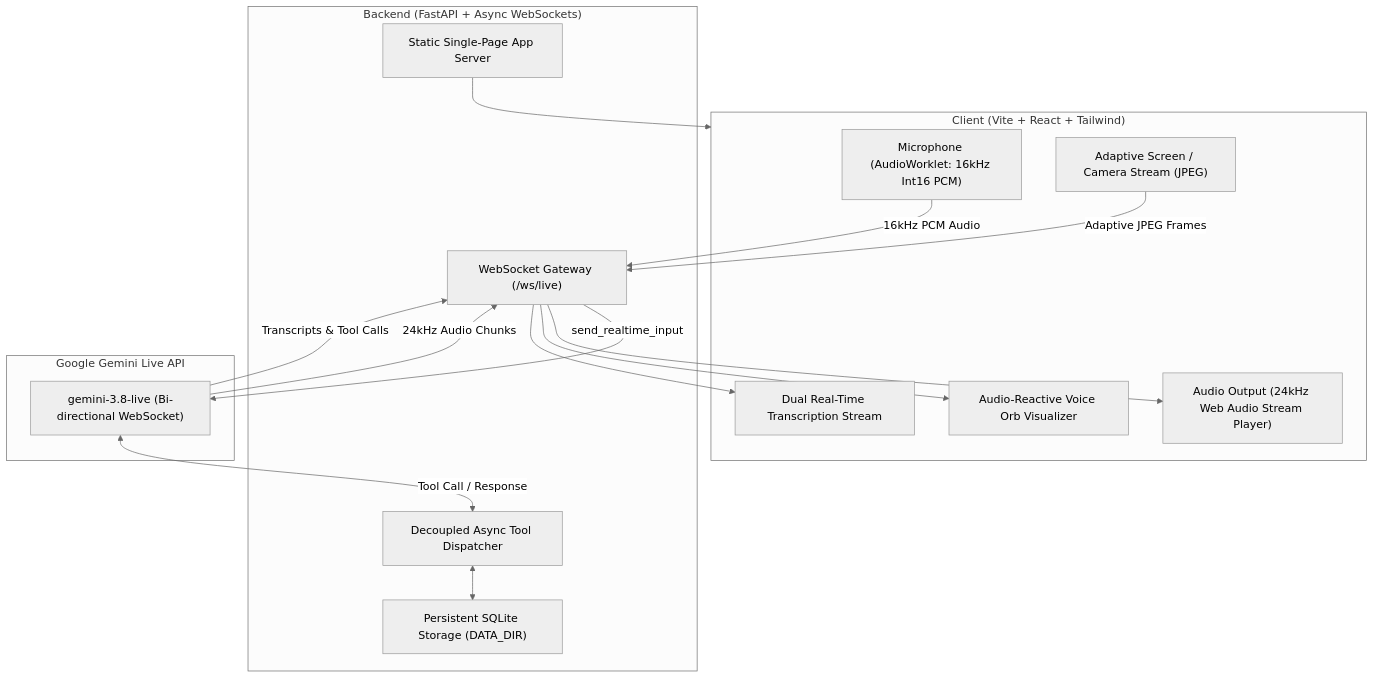
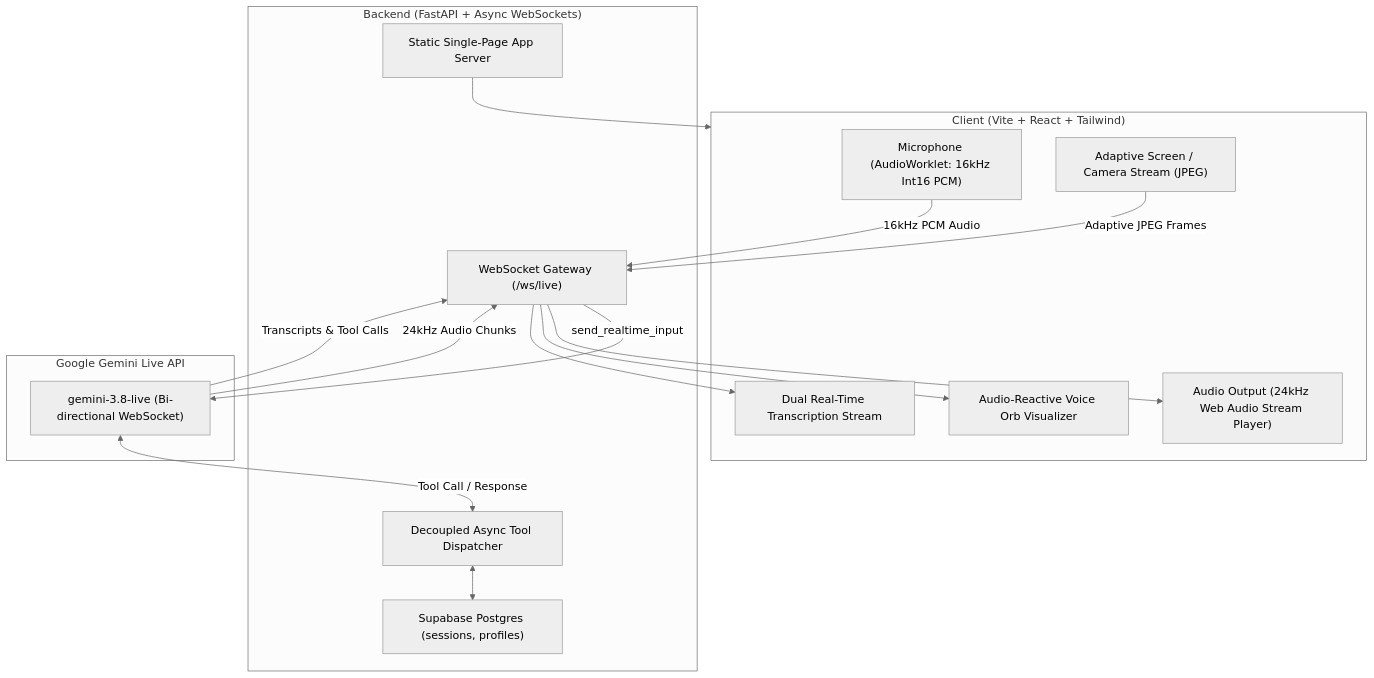
Before and after one commit to Abhenav-Jain/LivePrep: the diagram in README.md, drawn with Mermaid (neutral theme). The commit also changed other lines of this file and 43 other files, not shown here.

````diff
--- a/README.md
+++ b/README.md
@@ -33,33 +31,33 @@
 ```mermaid
 flowchart TD
     subgraph Client ["Client (Vite + React + Tailwind)"]
         Mic["Microphone (AudioWorklet: 16kHz Int16 PCM)"]
         Screen["Adaptive Screen / Camera Stream (JPEG)"]
         Speaker["Audio Output (24kHz Web Audio Stream Player)"]
         Orb["Audio-Reactive Voice Orb Visualizer"]
         Transcript["Dual Real-Time Transcription Stream"]
     end
 
     subgraph Backend ["Backend (FastAPI + Async WebSockets)"]
         WS_Gateway["WebSocket Gateway (/ws/live)"]
         Tool_Dispatcher["Decoupled Async Tool Dispatcher"]
-        Database_IO["Persistent SQLite Storage (DATA_DIR)"]
+        Database_IO["Supabase Postgres (sessions, profiles)"]
         Static_Server["Static Single-Page App Server"]
     end
 
     subgraph Gemini ["Google Gemini Live API"]
         Live_Session["gemini-3.8-live (Bi-directional WebSocket)"]
     end
 
     Mic -->|16kHz PCM Audio| WS_Gateway
     Screen -->|Adaptive JPEG Frames| WS_Gateway
     WS_Gateway -->|send_realtime_input| Live_Session
     Live_Session -->|24kHz Audio Chunks| WS_Gateway
     Live_Session -->|Transcripts & Tool Calls| WS_Gateway
     WS_Gateway --> Speaker
     WS_Gateway --> Orb
     WS_Gateway --> Transcript
     Live_Session <-->|Tool Call / Response| Tool_Dispatcher
     Tool_Dispatcher <--> Database_IO
     Static_Server --> Client
 ```
````
